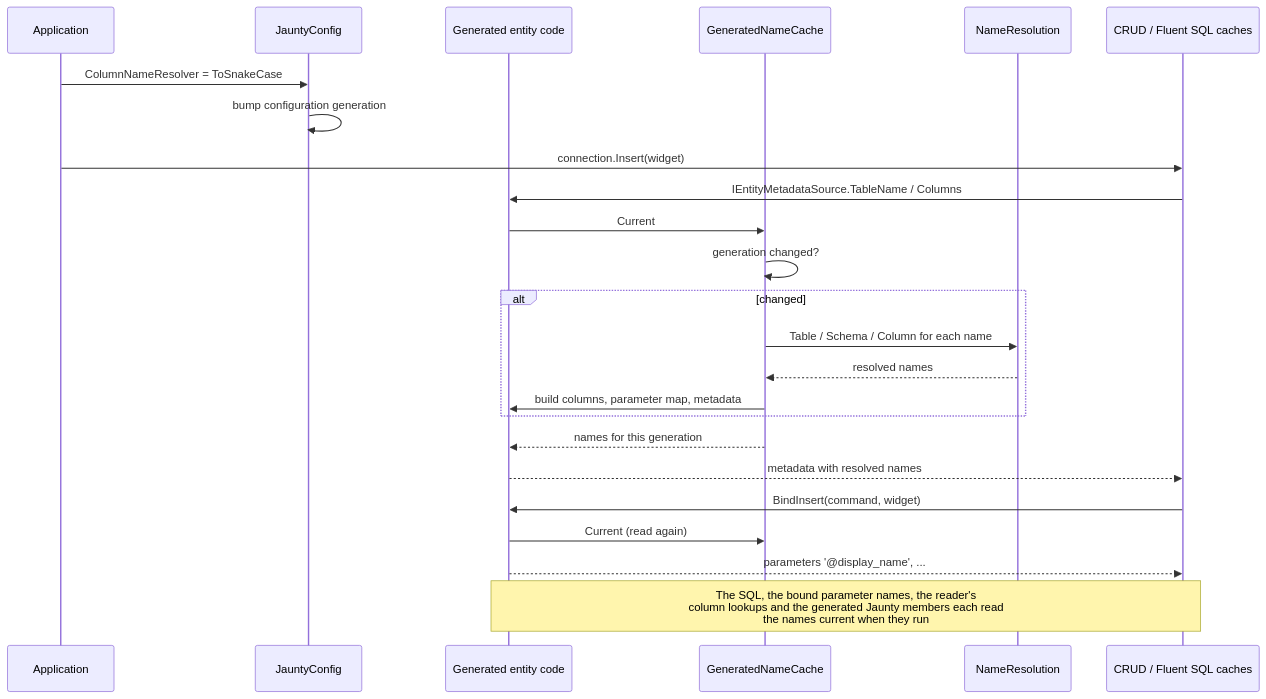
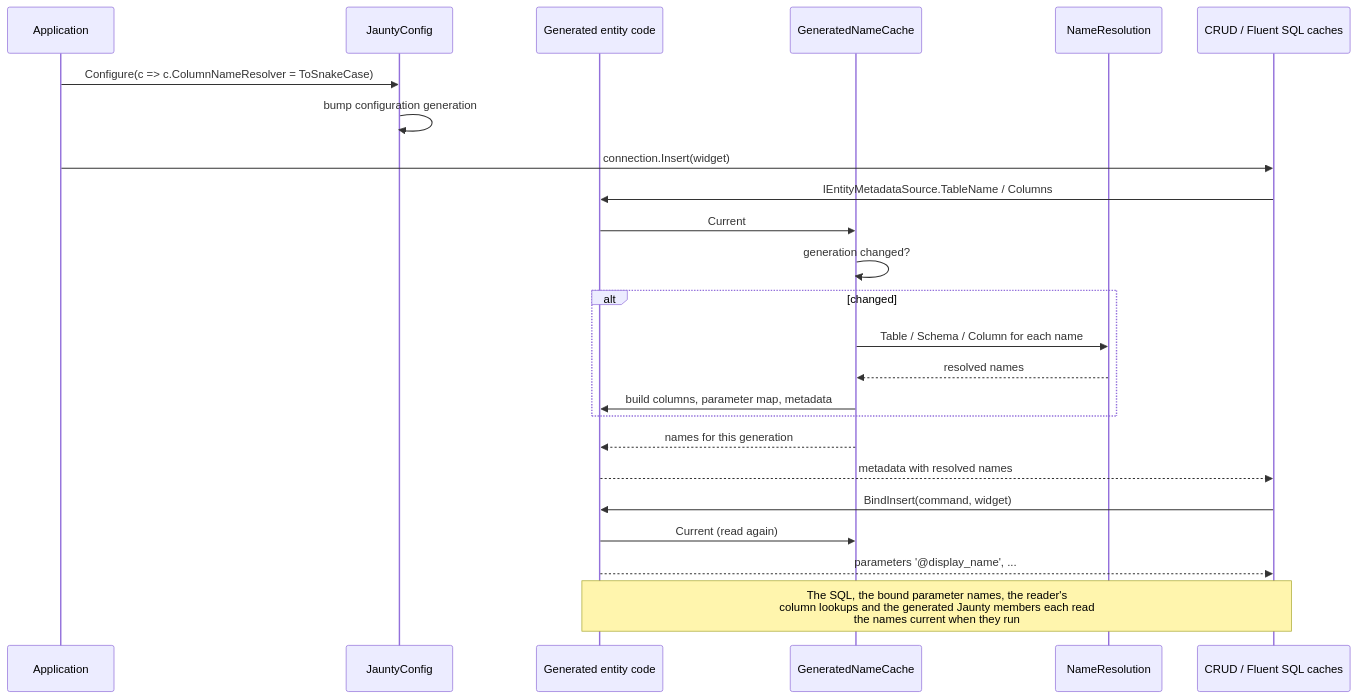
The seventh of 16 diagrams in docs/02-architecture/metadata-system-spec.md (extrode/jaunty), drawn with Mermaid before and after one commit. The commit also changed other lines of this file and 19 other files, not shown here.

````diff
--- a/docs/02-architecture/metadata-system-spec.md
+++ b/docs/02-architecture/metadata-system-spec.md
@@ -255,27 +255,27 @@
 ```mermaid
 sequenceDiagram
     participant App as Application
     participant Cfg as JauntyConfig
     participant Gen as Generated entity code
     participant Cache as GeneratedNameCache
     participant NR as NameResolution
     participant Core as CRUD / Fluent SQL caches
 
-    App->>Cfg: ColumnNameResolver = ToSnakeCase
+    App->>Cfg: Configure(c => c.ColumnNameResolver = ToSnakeCase)
     Cfg->>Cfg: bump configuration generation
     App->>Core: connection.Insert(widget)
     Core->>Gen: IEntityMetadataSource.TableName / Columns
     Gen->>Cache: Current
     Cache->>Cache: generation changed?
     alt changed
         Cache->>NR: Table / Schema / Column for each name
         NR-->>Cache: resolved names
         Cache->>Gen: build columns, parameter map, metadata
     end
     Cache-->>Gen: names for this generation
     Gen-->>Core: metadata with resolved names
     Core->>Gen: BindInsert(command, widget)
     Gen->>Cache: Current (read again)
     Gen-->>Core: parameters '@display_name', ...
     Note over Core,Gen: The SQL, the bound parameter names, the reader's<br/>column lookups and the generated Jaunty members each read<br/>the names current when they run
 ```
````
